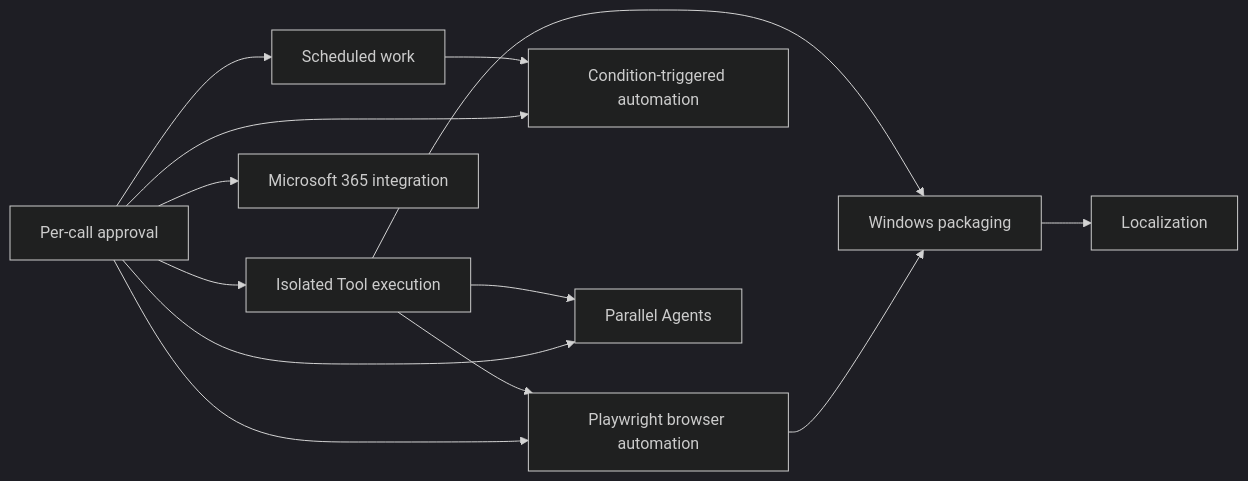
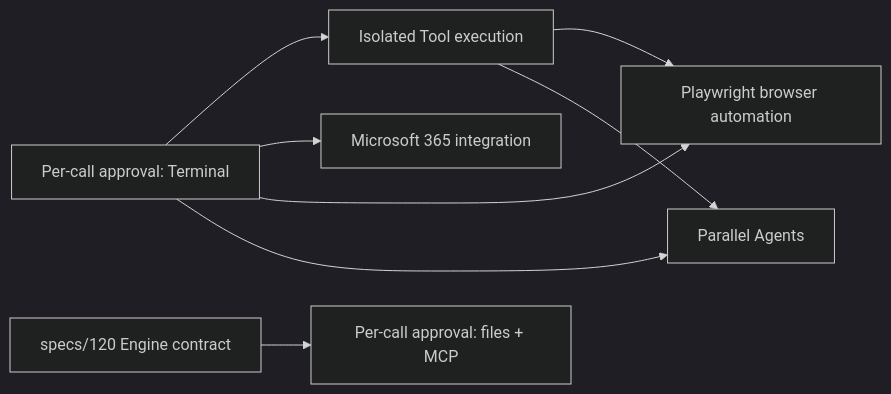
The diagram in .github/prompts/README.md (raandree/DeskPilot), drawn with Mermaid (dark theme) before and after one commit. The commit also changed other lines of this file and 12 other files, not shown here.

````diff
--- a/.github/prompts/README.md
+++ b/.github/prompts/README.md
@@ -43,15 +35,10 @@
 ```mermaid
 flowchart LR
-    A[Per-call approval] --> S[Scheduled work]
-    A --> I[Isolated Tool execution]
+    A[Per-call approval: Terminal] --> I[Isolated Tool execution]
     A --> M[Microsoft 365 integration]
     A --> B[Playwright browser automation]
     I --> B
-    A --> E[Condition-triggered automation]
-    S --> E
     A --> P[Parallel Agents]
     I --> P
-    B --> W[Windows packaging]
-    I --> W
-    W --> L[Localization]
+    C[specs/120 Engine contract] --> R[Per-call approval: files + MCP]
 ```
````
